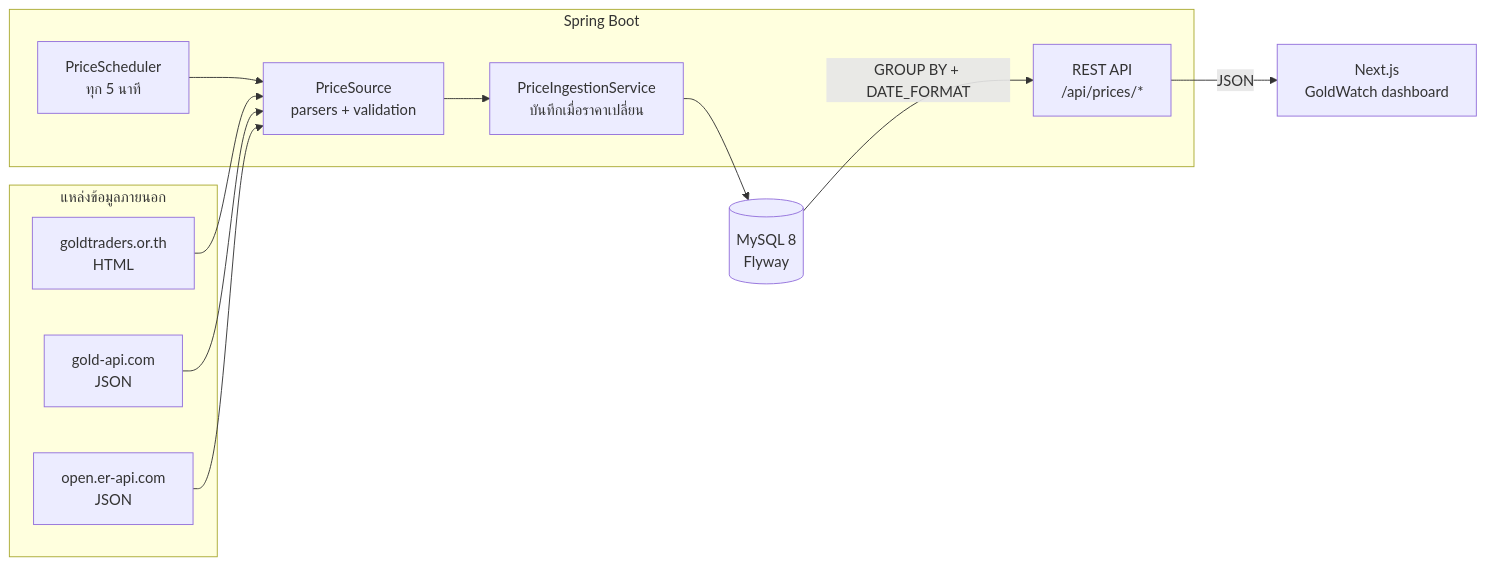
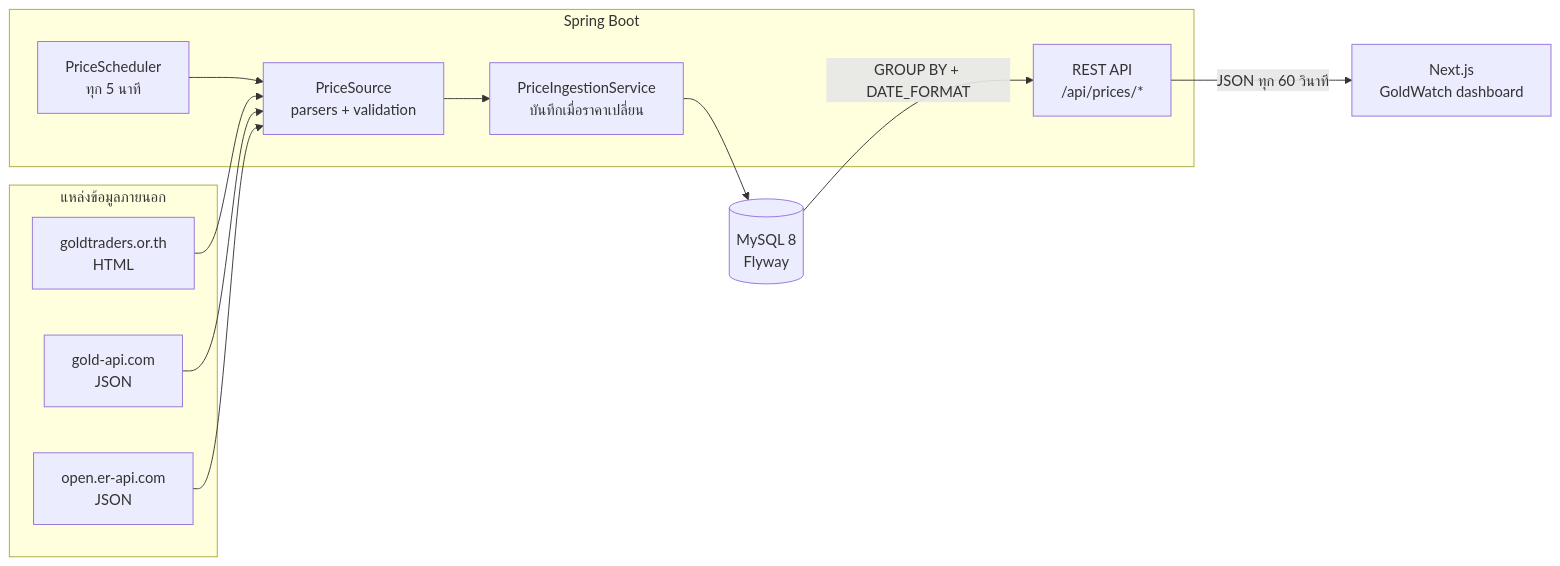
Before and after one commit to nazhan0-dev/Gold-Watch: the diagram in README.md, drawn with Mermaid. The commit also changed other lines of this file and 4 other files, not shown here.

````diff
--- a/README.md
+++ b/README.md
@@ -33,20 +44,20 @@
 ```mermaid
 flowchart LR
     subgraph Sources[แหล่งข้อมูลภายนอก]
         GTA[goldtraders.or.th<br/>HTML]
         GAPI[gold-api.com<br/>JSON]
         ER[open.er-api.com<br/>JSON]
     end
     subgraph Backend[Spring Boot]
         SCH[PriceScheduler<br/>ทุก 5 นาที] --> SRC[PriceSource<br/>parsers + validation]
         SRC --> ING[PriceIngestionService<br/>บันทึกเมื่อราคาเปลี่ยน]
         API[REST API<br/>/api/prices/*]
     end
     DB[(MySQL 8<br/>Flyway)]
     WEB[Next.js<br/>GoldWatch dashboard]
 
     GTA & GAPI & ER --> SRC
     ING --> DB
     DB -->|GROUP BY + DATE_FORMAT| API
-    API -->|JSON| WEB
+    API -->|JSON ทุก 60 วินาที| WEB
 ```
````
